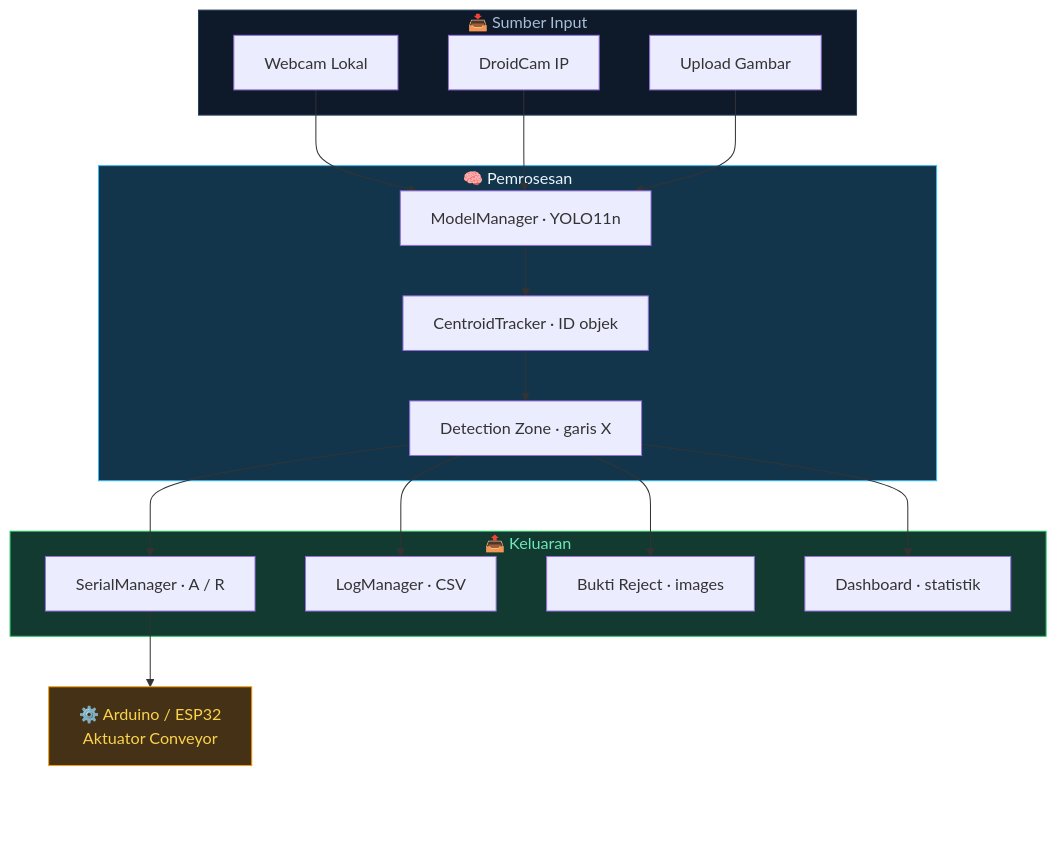
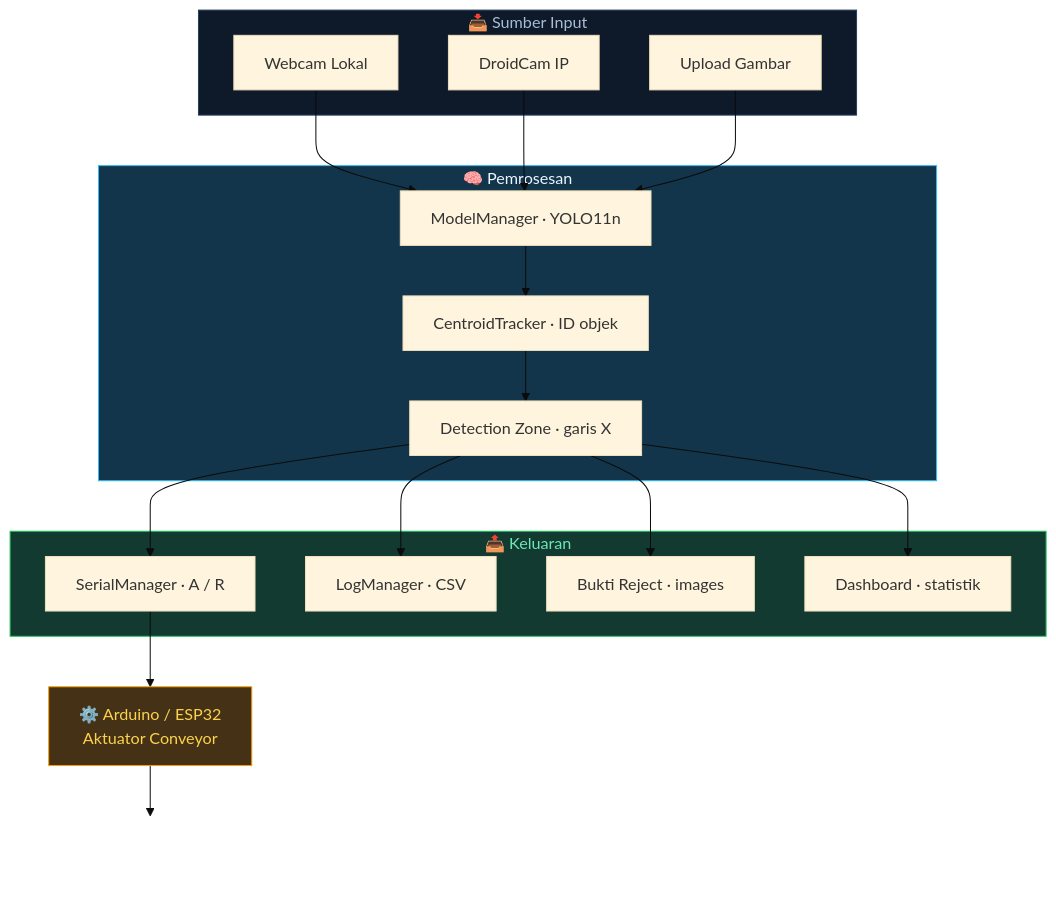
One commit to bagoes3465/PROYEK-KLASIFIKASI-KUALITAS-TELUR changed the second of 3 diagrams in README.md. Above: the diagram before and after it, drawn with Mermaid. The commit also changed other lines of this file, not shown here.

Commit message:
feat: animasi diagram sesuai alur sistem + redesign alur operasional

````diff
--- a/README.md
+++ b/README.md
@@ -82,38 +98,39 @@
 ```mermaid
+%%{init: {'theme':'base','themeCSS':'@keyframes pipe{to{stroke-dashoffset:-600}}@keyframes staged{0%,100%{opacity:1}50%{opacity:.82}}@keyframes hwglow{0%,100%{filter:drop-shadow(0 0 0 transparent)}50%{filter:drop-shadow(0 0 6px #F59E0B)}}.flowchart-link,.edgePath .path{stroke-dasharray:9 7!important;animation:pipe 12s linear infinite!important;stroke:#38BDF8!important;stroke-width:2.2px!important}g.node{animation:staged 3.2s ease-in-out infinite}#diagram-flowchart-HW-0{animation:hwglow 2.6s ease-in-out infinite}'}}%%
 flowchart TB
     subgraph INPUT["📥 Sumber Input"]
         I1["Webcam Lokal"]
         I2["DroidCam IP"]
         I3["Upload Gambar"]
     end
 
     subgraph CORE["🧠 Pemrosesan"]
         M["ModelManager · YOLO11n"]
         T["CentroidTracker · ID objek"]
         Z["Detection Zone · garis X"]
     end
 
     subgraph OUTPUT["📤 Keluaran"]
         S["SerialManager · A / R"]
         L["LogManager · CSV"]
         R["Bukti Reject · images"]
         G["Dashboard · statistik"]
     end
 
     I1 --> M
     I2 --> M
     I3 --> M
     M --> T --> Z
     Z --> S
     Z --> L
     Z --> R
     Z --> G
     S --> HW["⚙️ Arduino / ESP32<br/>Aktuator Conveyor"]
-    HW ~~~ SPACER[" "]
+    HW --> SPACER[" "]
 
     style INPUT fill:#0E192A,stroke:#28415E,color:#A8BDD5
     style CORE fill:#12354B,stroke:#38BDF8,color:#EDF5FF
     style OUTPUT fill:#123A31,stroke:#22C55E,color:#6EE7B7
     style HW fill:#443116,stroke:#F59E0B,color:#FCD34D
-    style SPACER fill:none,stroke:none
+    style SPACER fill:none,stroke:none,height:70px
 ```
````
